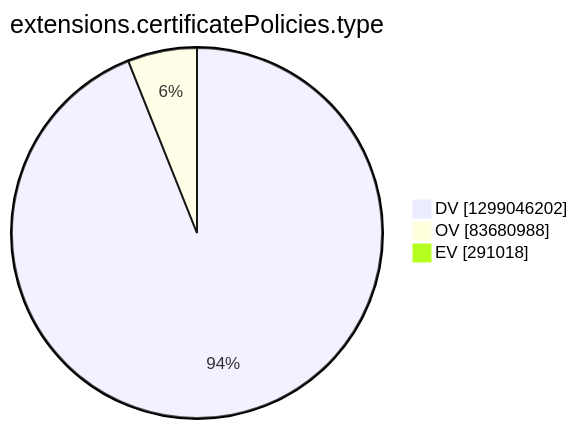
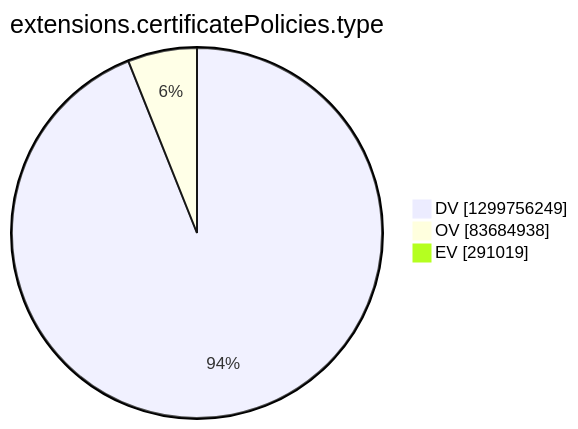
Before and after one commit to christiankrug/ctmonitor_visualization: the tenth of 15 diagrams in argon2022/README.md, drawn with Mermaid. The commit also changed other lines of this file, not shown here.

````diff
--- a/argon2022/README.md
+++ b/argon2022/README.md
@@ -2772,7 +2772,7 @@
 ```mermaid
 pie showData
 title extensions.certificatePolicies.type
-"DV" :1299046202
-"OV" :83680988
-"EV" :291018
+"DV" :1299756249
+"OV" :83684938
+"EV" :291019
 ```
````
